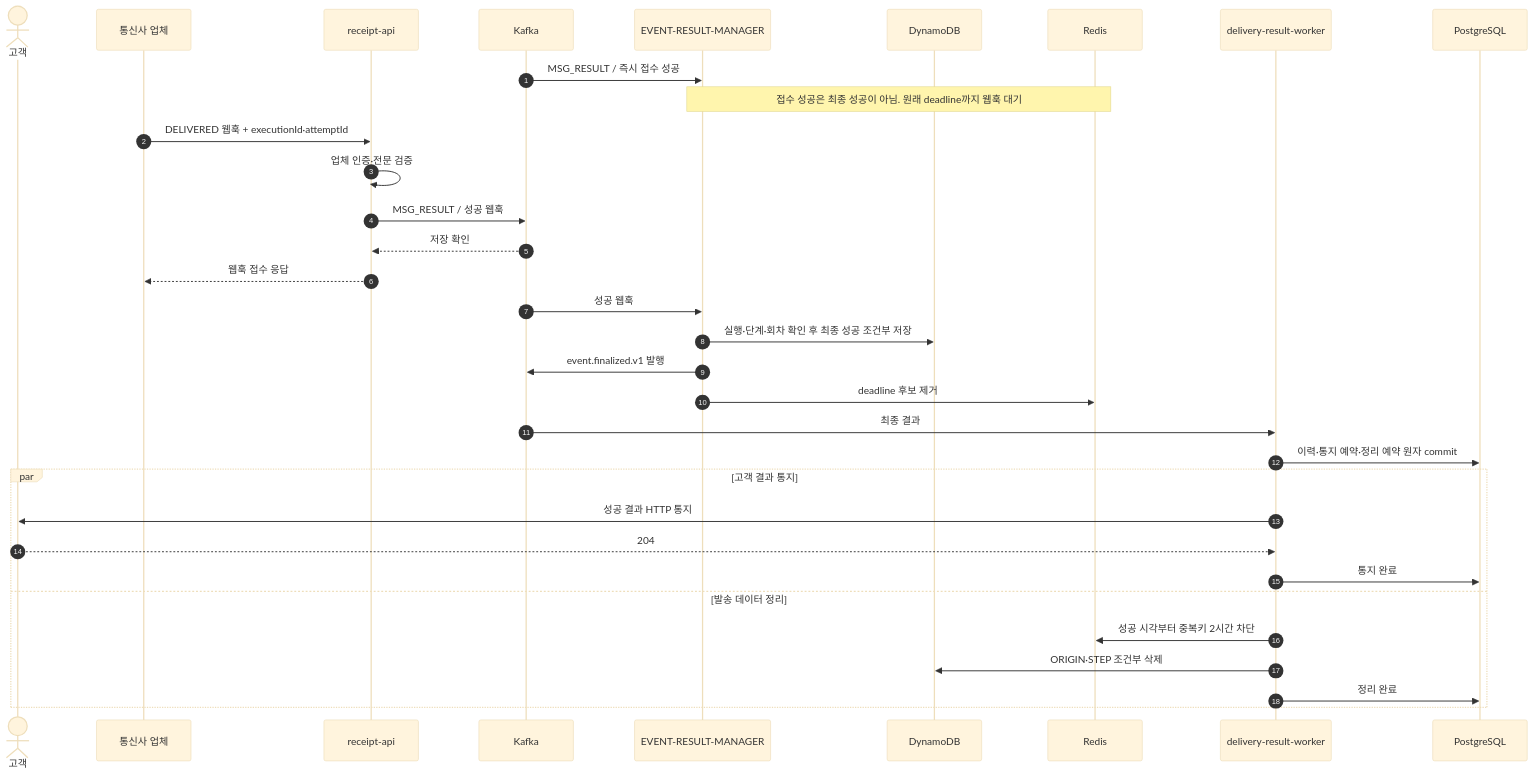
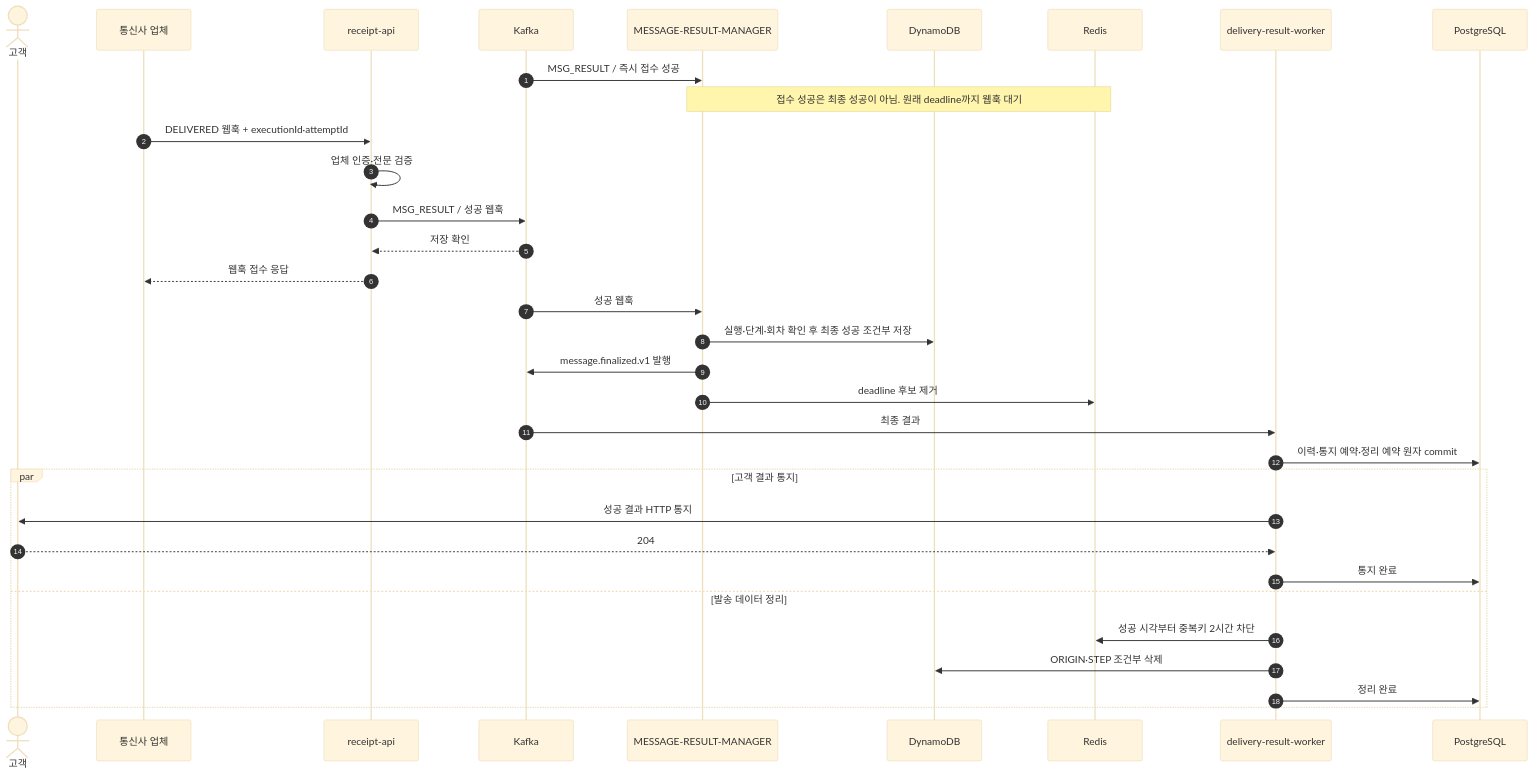
Before and after one commit to hyun-seung/High-throughput-event-platform: the second of 10 diagrams in docs/53-신규-메시지-케이스별-Call-Flow.md, drawn with Mermaid (base theme). The commit also changed other lines of this file and 16 other files, not shown here.

````diff
--- a/docs/53-신규-메시지-케이스별-Call-Flow.md
+++ b/docs/53-신규-메시지-케이스별-Call-Flow.md
@@ -62,35 +62,35 @@
 ```mermaid
 sequenceDiagram
     autonumber
     actor C as 고객
     participant P as 통신사 업체
     participant W as receipt-api
     participant K as Kafka
-    participant M as EVENT-RESULT-MANAGER
+    participant M as MESSAGE-RESULT-MANAGER
     participant D as DynamoDB
     participant R as Redis
     participant H as delivery-result-worker
     participant Q as PostgreSQL
     K->>M: MSG_RESULT / 즉시 접수 성공
     Note over M,R: 접수 성공은 최종 성공이 아님. 원래 deadline까지 웹훅 대기
     P->>W: DELIVERED 웹훅 + executionId·attemptId
     W->>W: 업체 인증·전문 검증
     W->>K: MSG_RESULT / 성공 웹훅
     K-->>W: 저장 확인
     W-->>P: 웹훅 접수 응답
     K->>M: 성공 웹훅
     M->>D: 실행·단계·회차 확인 후 최종 성공 조건부 저장
-    M->>K: event.finalized.v1 발행
+    M->>K: message.finalized.v1 발행
     M->>R: deadline 후보 제거
     K->>H: 최종 결과
     H->>Q: 이력·통지 예약·정리 예약 원자 commit
     par 고객 결과 통지
         H->>C: 성공 결과 HTTP 통지
         C-->>H: 204
         H->>Q: 통지 완료
     and 발송 데이터 정리
         H->>R: 성공 시각부터 중복키 2시간 차단
         H->>D: ORIGIN·STEP 조건부 삭제
         H->>Q: 정리 완료
     end
 ```
````
